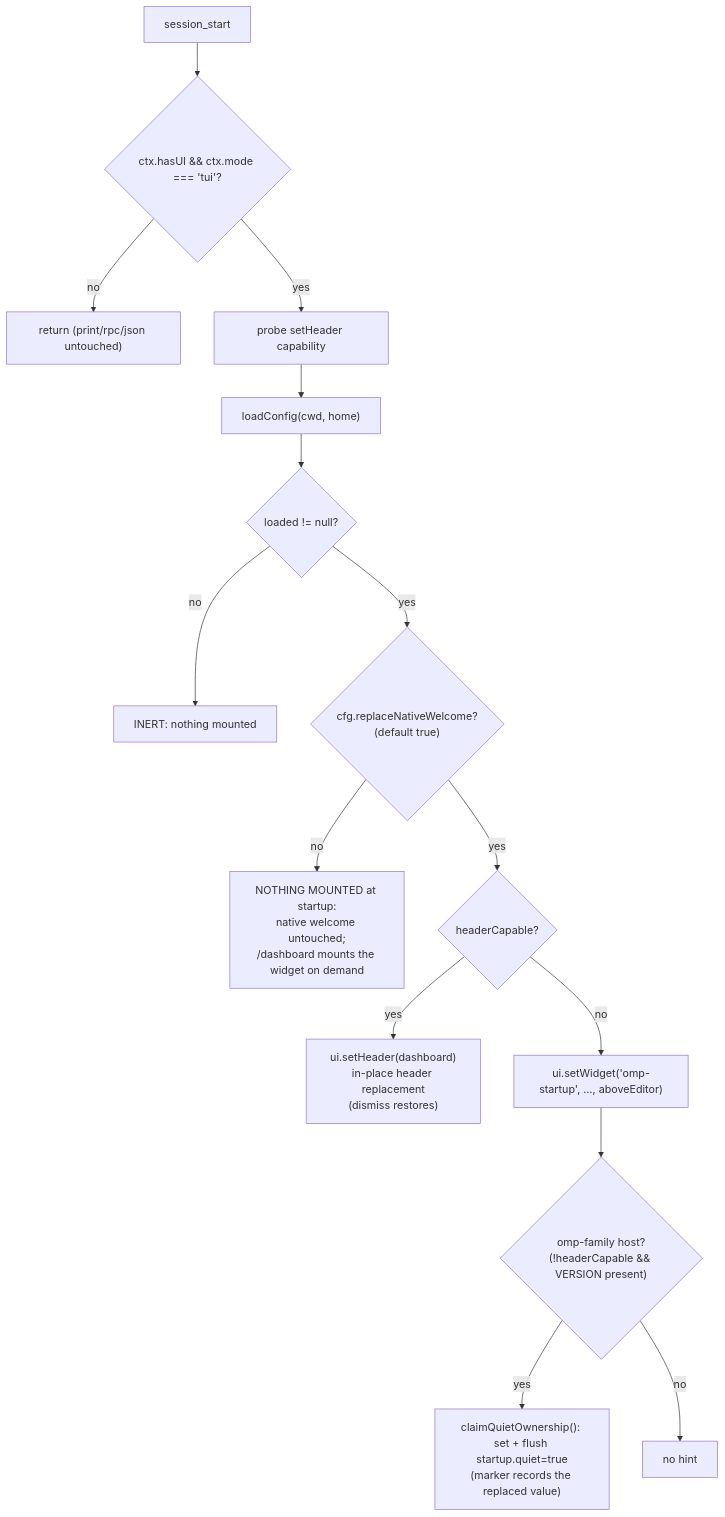
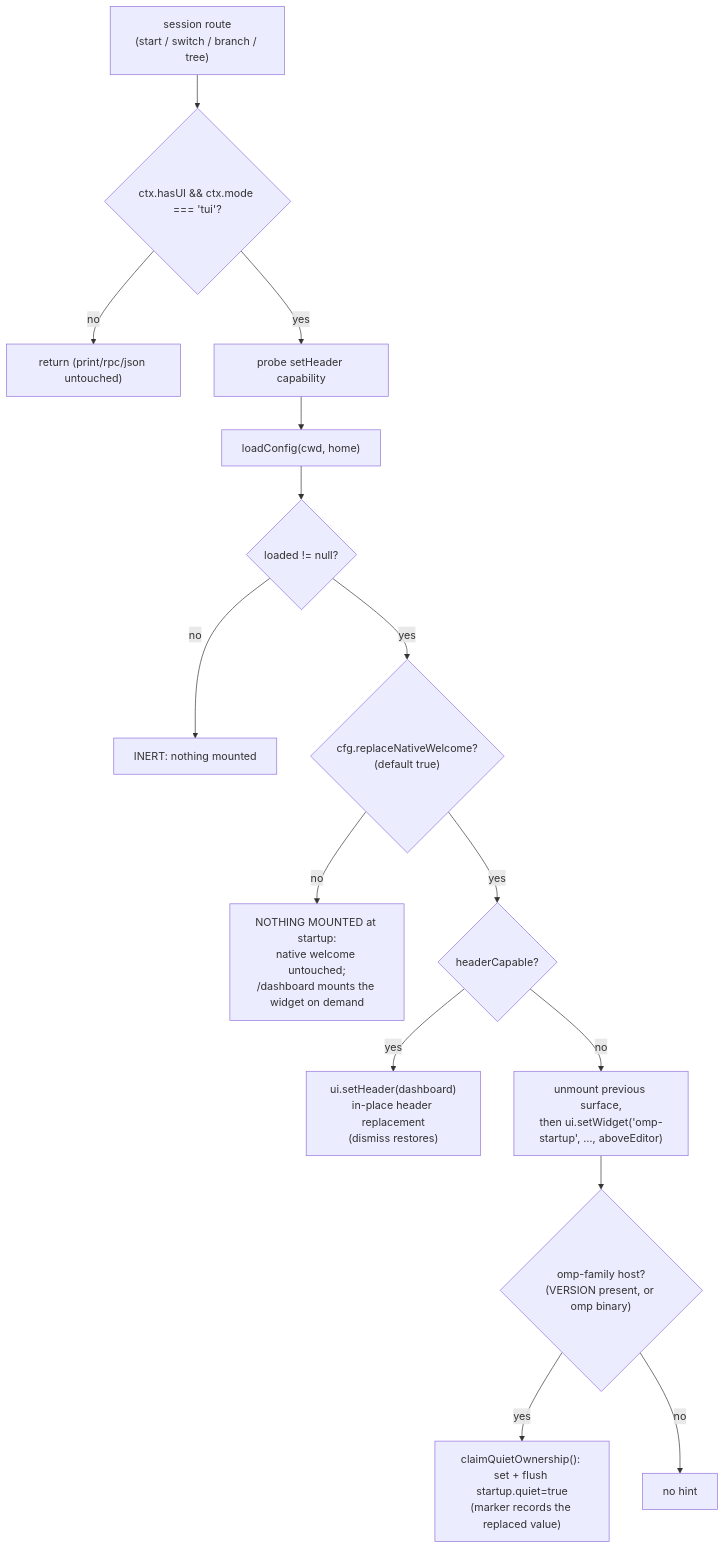
Before and after one commit to zhulinchng/omp-startup: the second of 5 diagrams in docs/ARCHITECTURE.md, drawn with Mermaid. The commit also changed other lines of this file and 12 other files, not shown here.

First line of the commit message:
Fix session-route and renderer bugs; expand coverage to 160 tests

````diff
--- a/docs/ARCHITECTURE.md
+++ b/docs/ARCHITECTURE.md
@@ -120,17 +126,17 @@
 ```mermaid
 flowchart TD
-    A["session_start"] --> B{"ctx.hasUI && ctx.mode === 'tui'?"}
+    A["session route<br/>(start / switch / branch / tree)"] --> B{"ctx.hasUI && ctx.mode === 'tui'?"}
     B -- no --> Z["return (print/rpc/json untouched)"]
     B -- yes --> C["probe setHeader capability"]
     C --> D["loadConfig(cwd, home)"]
     D --> E{"loaded != null?"}
     E -- no --> Z2["INERT: nothing mounted"]
     E -- yes --> F{"cfg.replaceNativeWelcome?<br/>(default true)"}
     F -- "no" --> Z3["NOTHING MOUNTED at startup:<br/>native welcome untouched;<br/>/dashboard mounts the widget on demand"]
     F -- yes --> G{"headerCapable?"}
     G -- yes --> H2["ui.setHeader(dashboard)<br/>in-place header replacement<br/>(dismiss restores)"]
-    G -- no --> H["ui.setWidget('omp-startup', …, aboveEditor)"]
-    H --> I{"omp-family host?<br/>(!headerCapable && VERSION present)"}
+    G -- no --> H["unmount previous surface,<br/>then ui.setWidget('omp-startup', …, aboveEditor)"]
+    H --> I{"omp-family host?<br/>(VERSION present, or omp binary)"}
     I -- yes --> J2["claimQuietOwnership(): set + flush startup.quiet=true<br/>(marker records the replaced value)"]
     I -- no --> K["no hint"]
 ```
````
